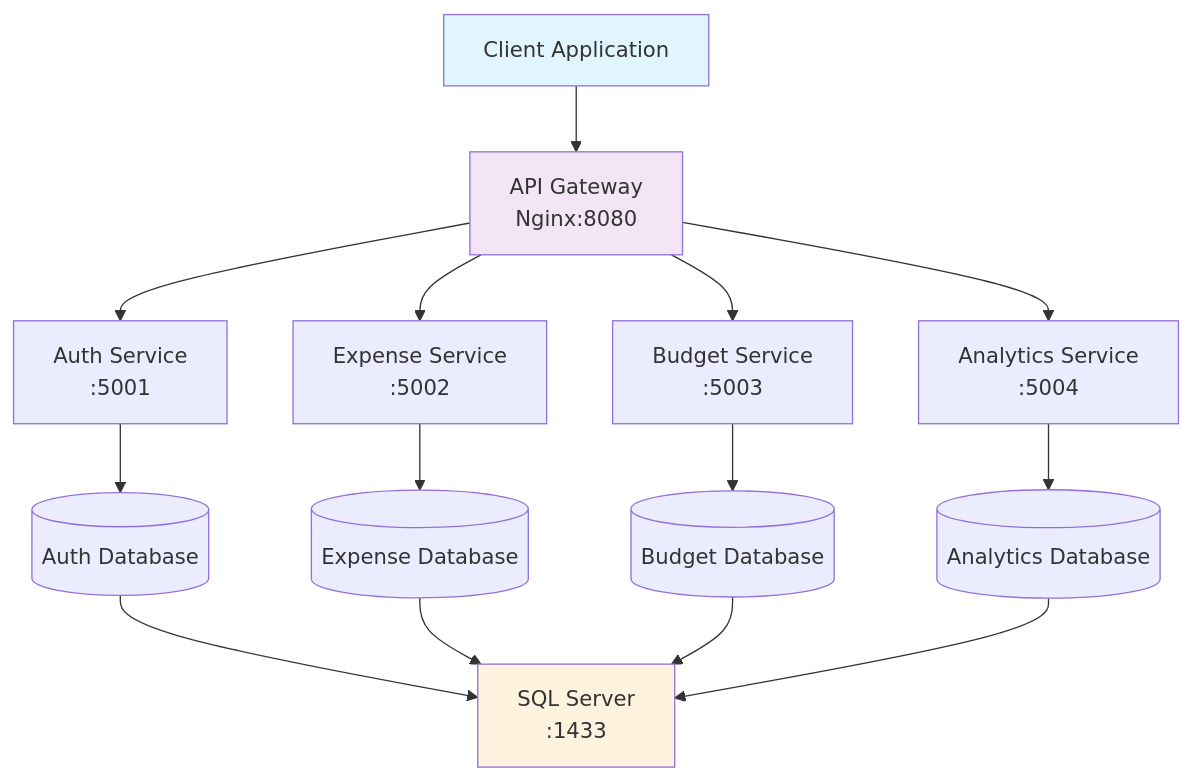
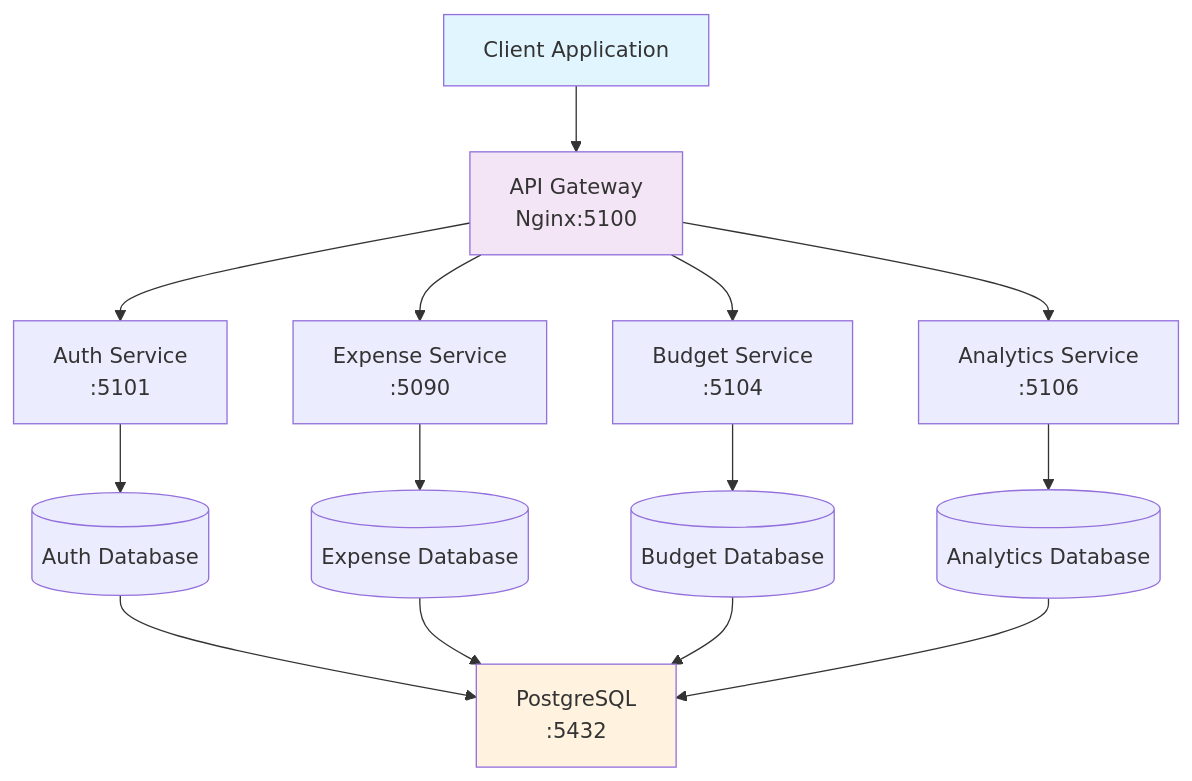
Before and after one commit to ravin00/ExpenseTracker: the diagram in README.md, drawn with Mermaid. The commit also changed other lines of this file and 3 other files, not shown here.

````diff
--- a/README.md
+++ b/README.md
@@ -40,23 +40,23 @@
 ```mermaid
 graph TB
-    Client[Client Application] --> Gateway[API Gateway<br/>Nginx:8080]
+    Client[Client Application] --> Gateway[API Gateway<br/>Nginx:5100]
 
-    Gateway --> Auth[Auth Service<br/>:5001]
-    Gateway --> Expense[Expense Service<br/>:5002]
-    Gateway --> Budget[Budget Service<br/>:5003]
-    Gateway --> Analytics[Analytics Service<br/>:5004]
+    Gateway --> Auth[Auth Service<br/>:5101]
+    Gateway --> Expense[Expense Service<br/>:5090]
+    Gateway --> Budget[Budget Service<br/>:5104]
+    Gateway --> Analytics[Analytics Service<br/>:5106]
 
     Auth --> AuthDB[(Auth Database)]
     Expense --> ExpenseDB[(Expense Database)]
     Budget --> BudgetDB[(Budget Database)]
     Analytics --> AnalyticsDB[(Analytics Database)]
 
-    AuthDB --> SQL[SQL Server<br/>:1433]
+    AuthDB --> SQL[PostgreSQL<br/>:5432]
     ExpenseDB --> SQL
     BudgetDB --> SQL
     AnalyticsDB --> SQL
 
     style Client fill:#e1f5fe
     style Gateway fill:#f3e5f5
     style SQL fill:#fff3e0
 ```
````
